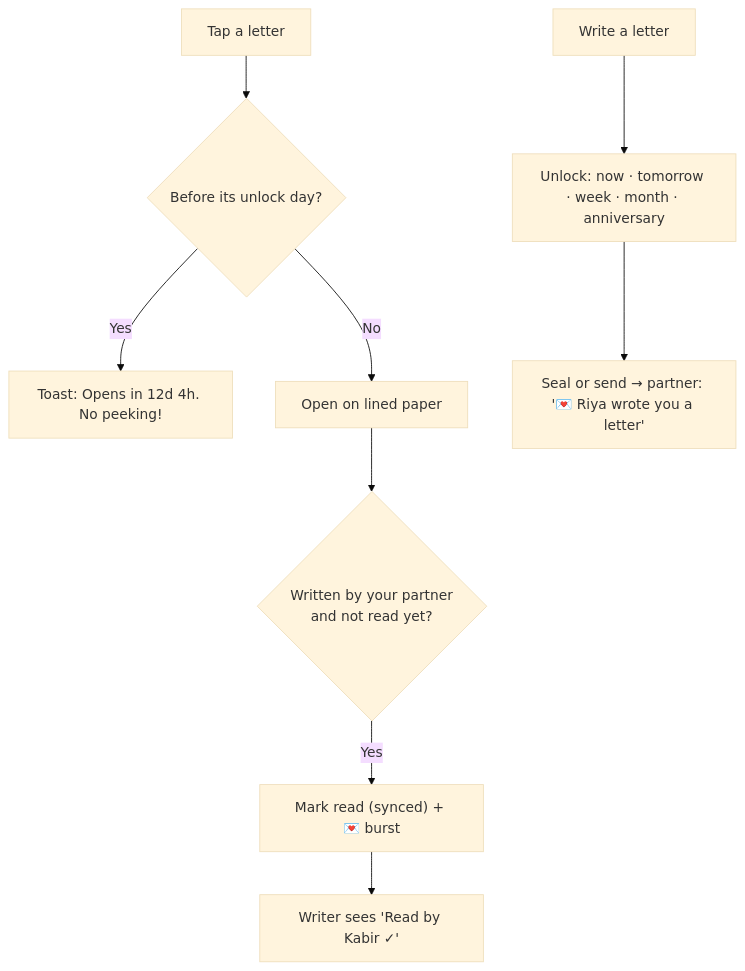
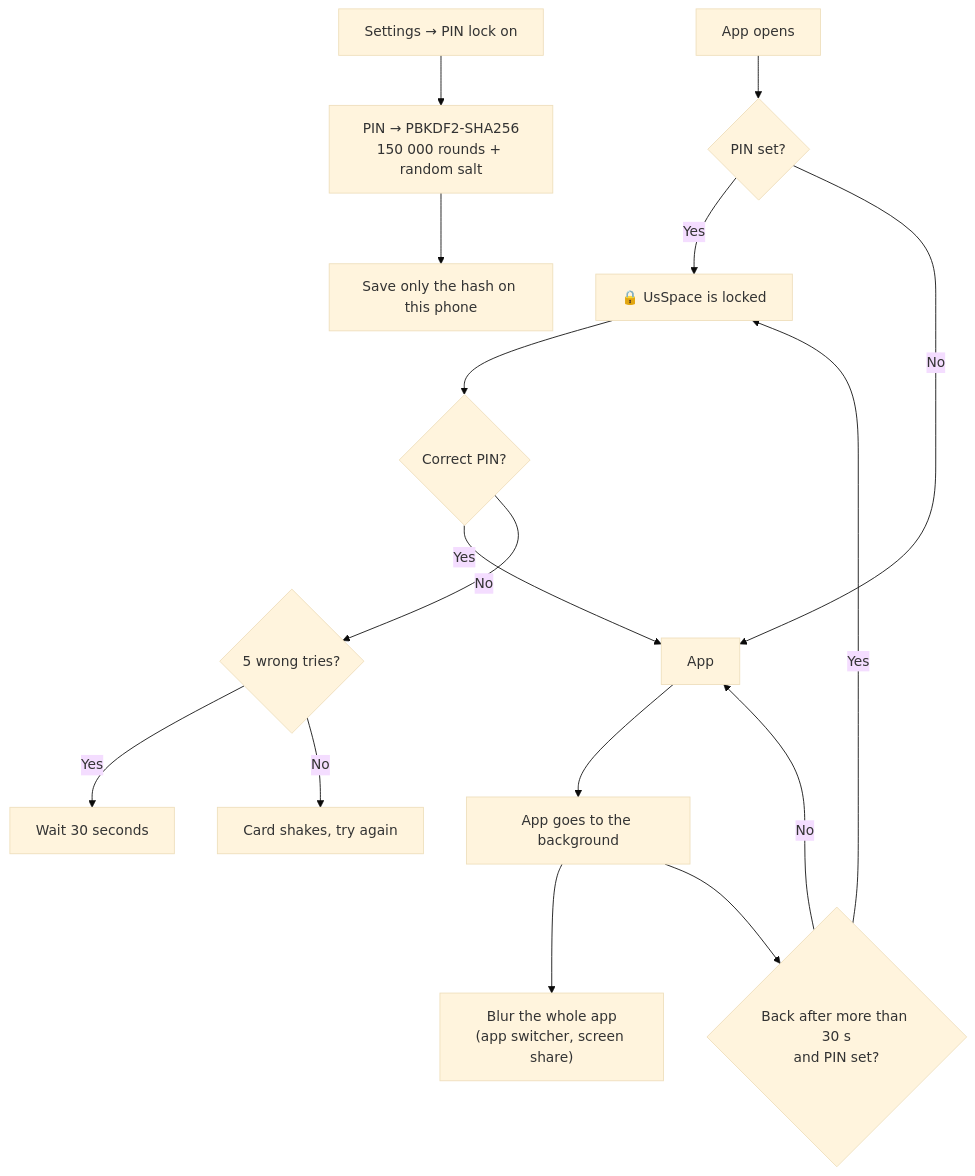
Before and after one commit to silent-coder-dev/private-space: diagram 22 of 27 in front-end/doc/04-flowcharts.md, drawn with Mermaid (base theme). The commit also changed other lines of this file and 144 other files, not shown here.

````diff
--- a/front-end/doc/04-flowcharts.md
+++ b/front-end/doc/04-flowcharts.md
@@ -369,11 +480,18 @@
 ```mermaid
 flowchart TD
-    A["Tap a letter"] --> B{"Before its unlock day?"}
-    B -->|"Yes"| C["Toast: Opens in 12d 4h. No peeking!"]
-    B -->|"No"| D["Open on lined paper"]
-    D --> E{"Written by your partner<br/>and not read yet?"}
-    E -->|"Yes"| F["Mark read (synced) + 💌 burst"]
-    F --> G["Writer sees 'Read by Kabir ✓'"]
-    H["Write a letter"] --> I["Unlock: now · tomorrow · week · month · anniversary"]
-    I --> J["Seal or send → partner: '💌 Riya wrote you a letter'"]
+    S["Settings → PIN lock on"] --> H["PIN → PBKDF2-SHA256<br/>150 000 rounds + random salt"]
+    H --> K["Save only the hash on this phone"]
+    O["App opens"] --> L{"PIN set?"}
+    L -->|"Yes"| LS["🔒 UsSpace is locked"]
+    L -->|"No"| APP["App"]
+    LS --> E{"Correct PIN?"}
+    E -->|"Yes"| APP
+    E -->|"No"| F{"5 wrong tries?"}
+    F -->|"Yes"| W["Wait 30 seconds"]
+    F -->|"No"| SH["Card shakes, try again"]
+    APP --> BG["App goes to the background"]
+    BG --> BL["Blur the whole app<br/>(app switcher, screen share)"]
+    BG --> BK{"Back after more than 30 s<br/>and PIN set?"}
+    BK -->|"Yes"| LS
+    BK -->|"No"| APP
 ```
````
